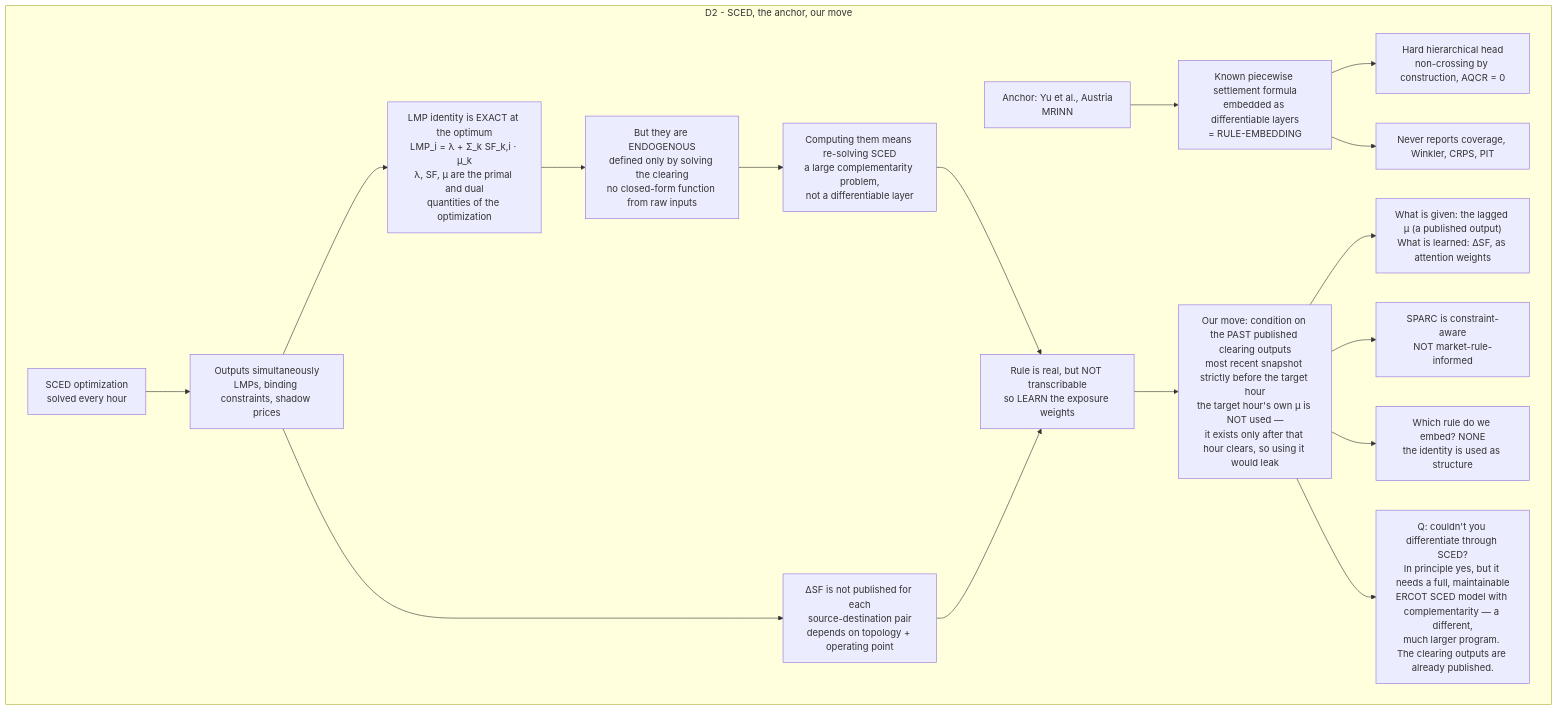
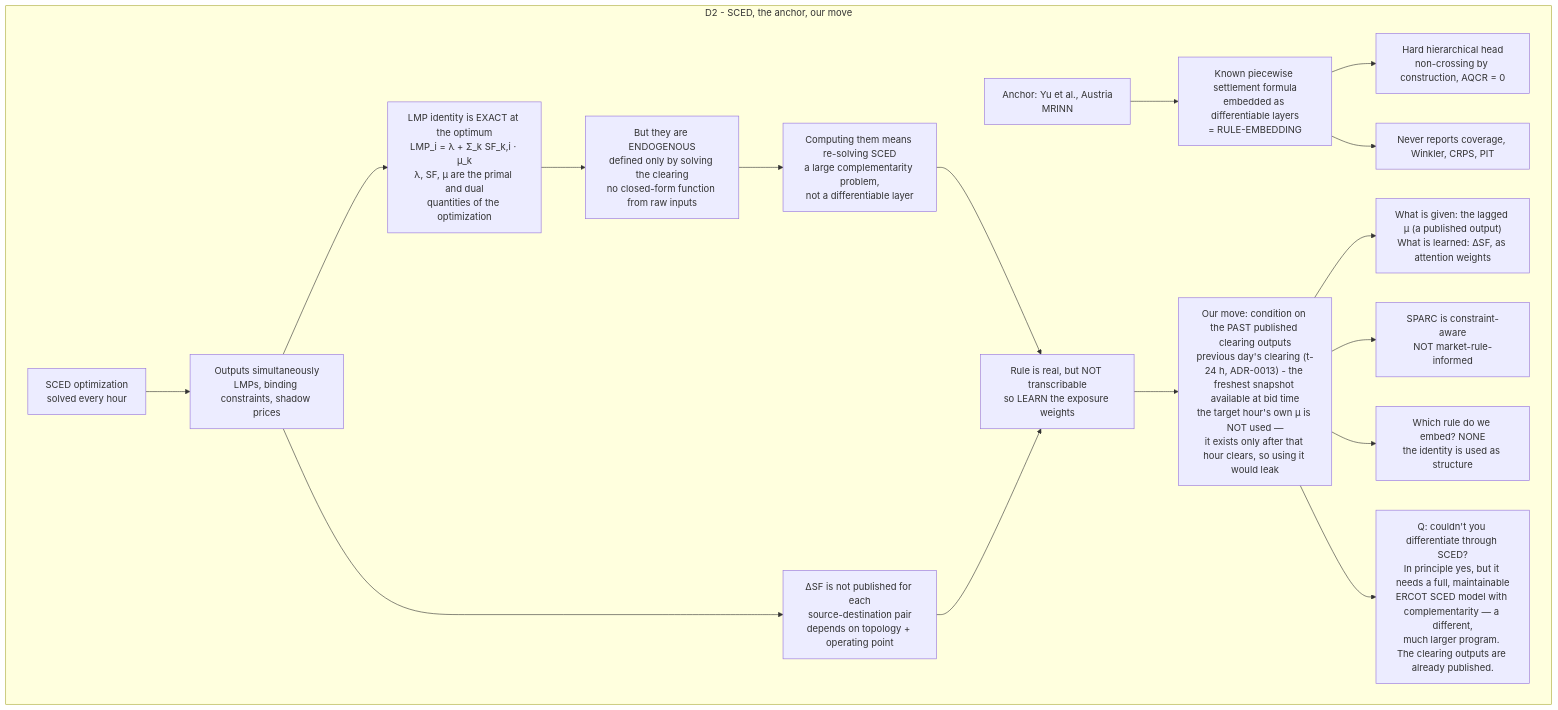
The diagram in docs/explanation/07-sparc-full-03-G_D2.mmd (L1ZLe/ercot-casp-paper), drawn with Mermaid before and after one commit. The commit also changed 41 other files, not shown here.

First line of the commit message:
feat(data): use previous-day constraint snapshot (t-24h) per ERCOT DAM availability

```diff
--- a/docs/explanation/07-sparc-full-03-G_D2.mmd
+++ b/docs/explanation/07-sparc-full-03-G_D2.mmd
@@ -1,20 +1,20 @@
 flowchart TD
 subgraph G_D2["D2 - SCED, the anchor, our move"]
     SCED["SCED optimization<br/>solved every hour"] --> OUT["Outputs simultaneously<br/>LMPs, binding constraints, shadow prices"]
     OUT --> IDENTITY["LMP identity is EXACT at the optimum<br/>LMP_i = λ + Σ_k SF_k,i · μ_k<br/>λ, SF, μ are the primal and dual<br/>quantities of the optimization"]
     IDENTITY --> ENDOG["But they are ENDOGENOUS<br/>defined only by solving the clearing<br/>no closed-form function from raw inputs"]
     ENDOG --> RESOLVE["Computing them means re-solving SCED<br/>a large complementarity problem,<br/>not a differentiable layer"]
     OUT --> DSF_D2["ΔSF is not published for each<br/>source-destination pair<br/>depends on topology + operating point"]
     RESOLVE --> MUST["Rule is real, but NOT transcribable<br/>so LEARN the exposure weights"]
     DSF_D2 --> MUST
 
     ANCHOR["Anchor: Yu et al., Austria<br/>MRINN"] --> RULE["Known piecewise settlement formula<br/>embedded as differentiable layers<br/>= RULE-EMBEDDING"]
     RULE --> HARD["Hard hierarchical head<br/>non-crossing by construction, AQCR = 0"]
     RULE --> GAPS["Never reports coverage, Winkler, CRPS, PIT"]
 
-    MUST --> MOVE["Our move: condition on the PAST published clearing outputs<br/>most recent snapshot strictly before the target hour<br/>the target hour's own μ is NOT used —<br/>it exists only after that hour clears, so using it would leak"]
+    MUST --> MOVE["Our move: condition on the PAST published clearing outputs<br/>previous day's clearing (t-24 h, ADR-0013) - the freshest snapshot available at bid time<br/>the target hour's own μ is NOT used —<br/>it exists only after that hour clears, so using it would leak"]
     MOVE --> LEARN["What is given: the lagged μ (a published output)<br/>What is learned: ΔSF, as attention weights"]
     MOVE --> NOT["SPARC is constraint-aware<br/>NOT market-rule-informed"]
     MOVE --> WHICH["Which rule do we embed? NONE<br/>the identity is used as structure"]
     MOVE --> QRESOLVE["Q: couldn't you differentiate through SCED?<br/>In principle yes, but it needs a full, maintainable<br/>ERCOT SCED model with complementarity — a different,<br/>much larger program. The clearing outputs are already published."]
   end
```
